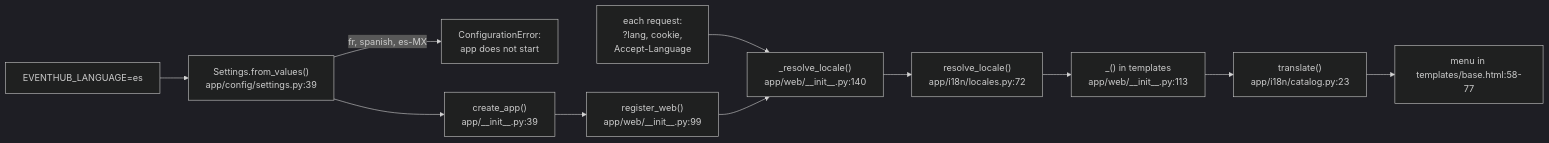
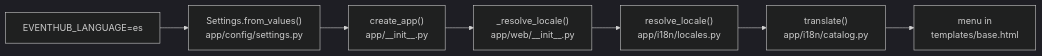
Before and after one commit to TamTeri/AIproject: the diagram in docs/reports/part7-2-genai-tracing-report.md, drawn with Mermaid (dark theme). The commit also changed other lines of this file and 11 other files, not shown here.

````diff
--- a/docs/reports/part7-2-genai-tracing-report.md
+++ b/docs/reports/part7-2-genai-tracing-report.md
@@ -68,13 +38,9 @@
 ```mermaid
 flowchart LR
-  ENV["EVENTHUB_LANGUAGE=es"] --> S["Settings.from_values()<br/>app/config/settings.py:39"]
-  S -- "fr, spanish, es-MX" --> X["ConfigurationError:<br/>app does not start"]
-  S --> CA["create_app()<br/>app/__init__.py:39"]
-  CA --> RW["register_web()<br/>app/web/__init__.py:99"]
-  REQ["each request:<br/>?lang, cookie,<br/>Accept-Language"] --> RL
-  RW --> RL["_resolve_locale()<br/>app/web/__init__.py:140"]
-  RL --> RES["resolve_locale()<br/>app/i18n/locales.py:72"]
-  RES --> UND["_() in templates<br/>app/web/__init__.py:113"]
-  UND --> TR["translate()<br/>app/i18n/catalog.py:23"]
-  TR --> MENU["menu in templates/base.html:58-77"]
+  ENV["EVENTHUB_LANGUAGE=es"] --> S["Settings.from_values()<br/>app/config/settings.py"]
+  S --> CA["create_app()<br/>app/__init__.py"]
+  CA --> RL["_resolve_locale()<br/>app/web/__init__.py"]
+  RL --> RES["resolve_locale()<br/>app/i18n/locales.py"]
+  RES --> TR["translate()<br/>app/i18n/catalog.py"]
+  TR --> MENU["menu in<br/>templates/base.html"]
 ```
````
